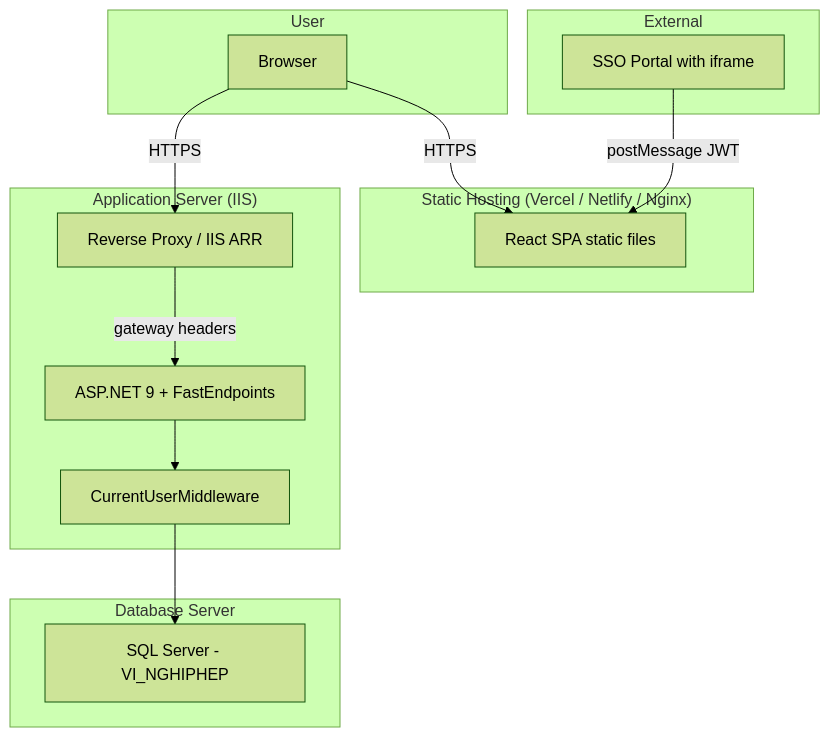
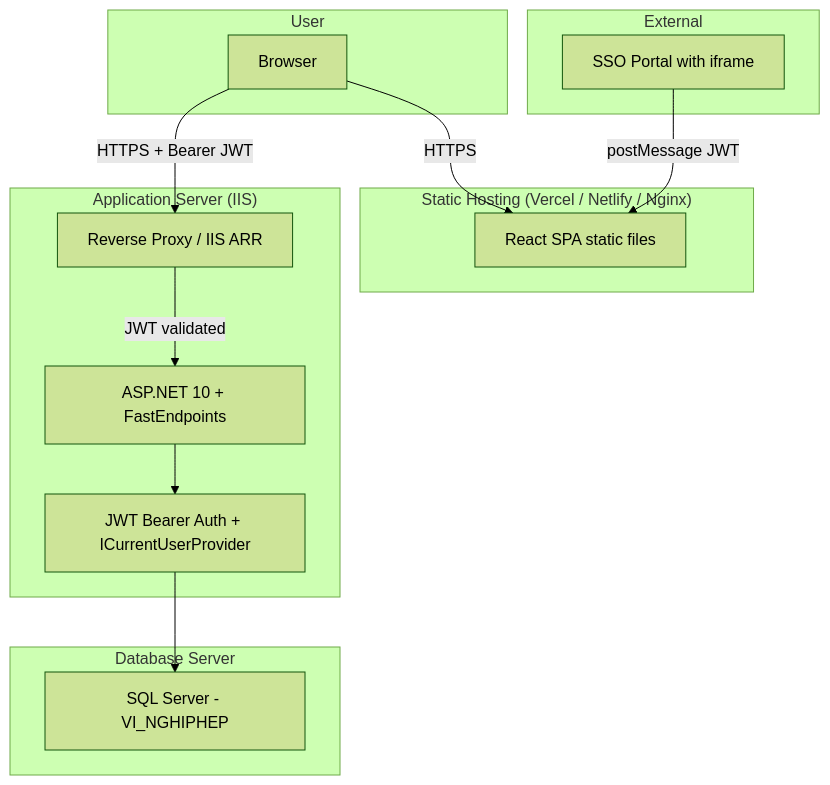
Before and after one commit to Ali-AnNT/qlnp-ttcds: the seventh of 7 diagrams in docs/system-architecture.md, drawn with Mermaid (forest theme). The commit also changed other lines of this file and 13 other files, not shown here.

Commit message:
docs: update architecture, SRS, and project docs for JWT auth + leave requests

````diff
--- a/docs/system-architecture.md
+++ b/docs/system-architecture.md
@@ -272,27 +260,27 @@
 ```mermaid
 graph TD
     subgraph "Static Hosting (Vercel / Netlify / Nginx)"
         SPA[React SPA static files]
     end
     subgraph "Application Server (IIS)"
         RP[Reverse Proxy / IIS ARR]
-        API[ASP.NET 9 + FastEndpoints]
-        MW[CurrentUserMiddleware]
+        API[ASP.NET 10 + FastEndpoints]
+        AUTH[JWT Bearer Auth + ICurrentUserProvider]
     end
     subgraph "Database Server"
         DB[SQL Server - VI_NGHIPHEP]
     end
     subgraph "External"
         Host[SSO Portal with iframe]
     end
     subgraph "User"
         Browser[Browser]
     end
 
     Browser -->|HTTPS| SPA
-    Browser -->|HTTPS| RP
-    RP -->|gateway headers| API
+    Browser -->|HTTPS + Bearer JWT| RP
+    RP -->|JWT validated| API
     Host -->|postMessage JWT| SPA
-    API --> MW
-    MW --> DB
+    API --> AUTH
+    AUTH --> DB
 ```
````
